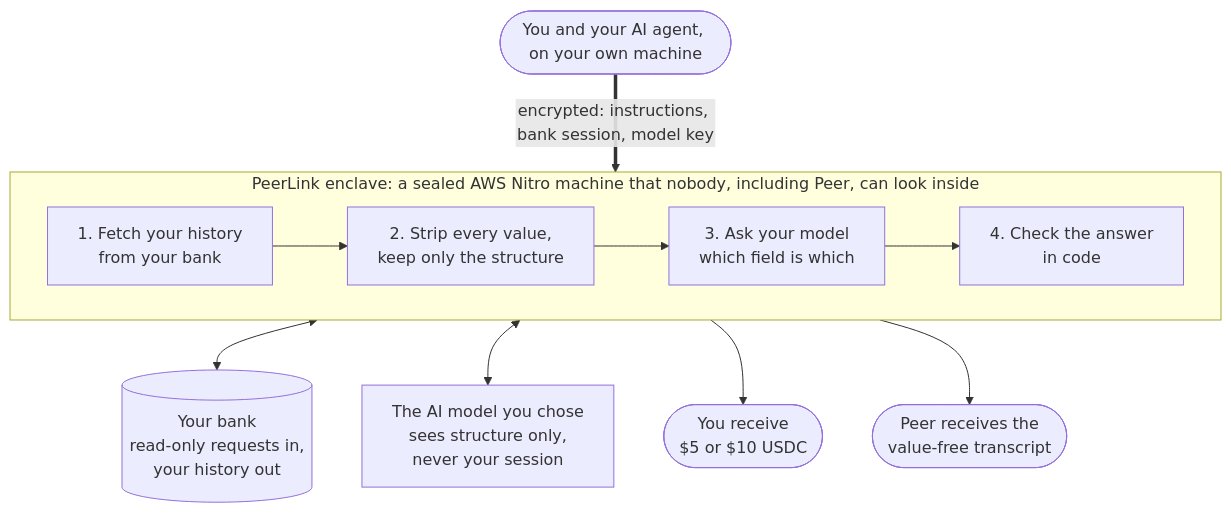
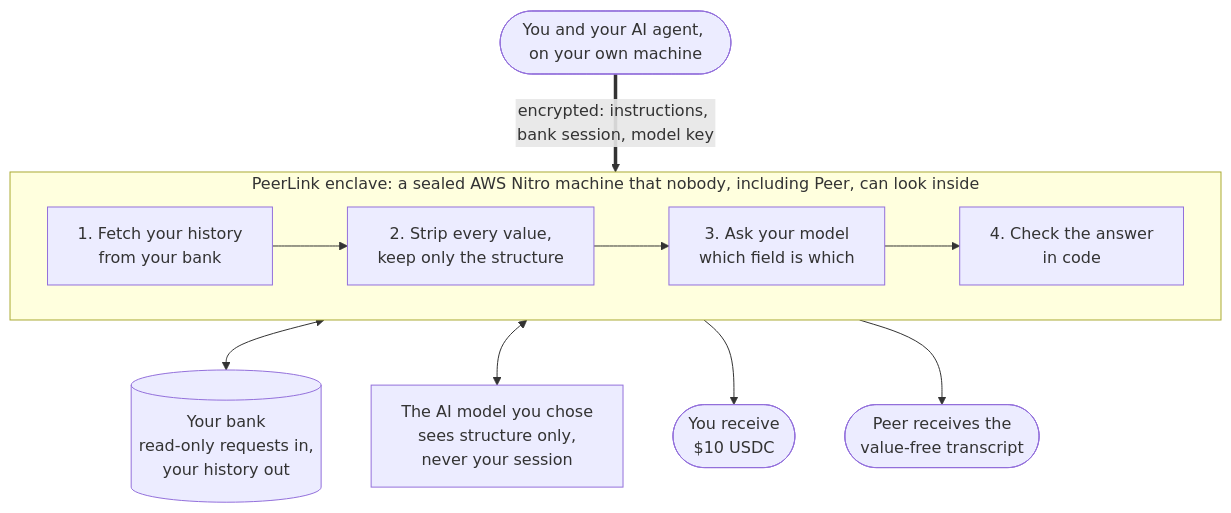
Before and after one commit to zkp2p/peer-link: the first of 2 diagrams in README.md, drawn with Mermaid. The commit also changed other lines of this file and 10 other files, not shown here.

````diff
--- a/README.md
+++ b/README.md
@@ -58,24 +69,24 @@
 ```mermaid
 flowchart TD
     you(["You and your AI agent, on your own machine"])
 
     subgraph enclave["PeerLink enclave: a sealed AWS Nitro machine that nobody, including Peer, can look inside"]
         direction LR
         fetch["1. Fetch your history<br/>from your bank"]
         strip["2. Strip every value,<br/>keep only the structure"]
         ask["3. Ask your model<br/>which field is which"]
         check["4. Check the answer<br/>in code"]
         fetch --> strip --> ask --> check
     end
 
     bank[("Your bank<br/>read-only requests in,<br/>your history out")]
     model["The AI model you chose<br/>sees structure only,<br/>never your session"]
-    paid(["You receive<br/>$5 or $10 USDC"])
+    paid(["You receive<br/>$10 USDC"])
     peer(["Peer receives the<br/>value-free transcript"])
 
     you == "encrypted: instructions, bank session, model key" ==> enclave
     enclave <--> bank
     enclave <--> model
     enclave --> paid
     enclave --> peer
 ```
````
